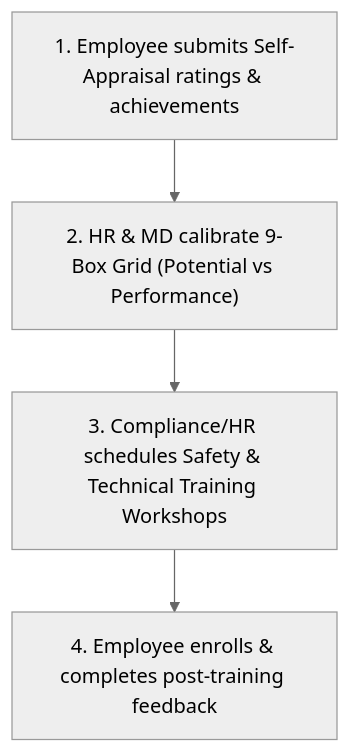
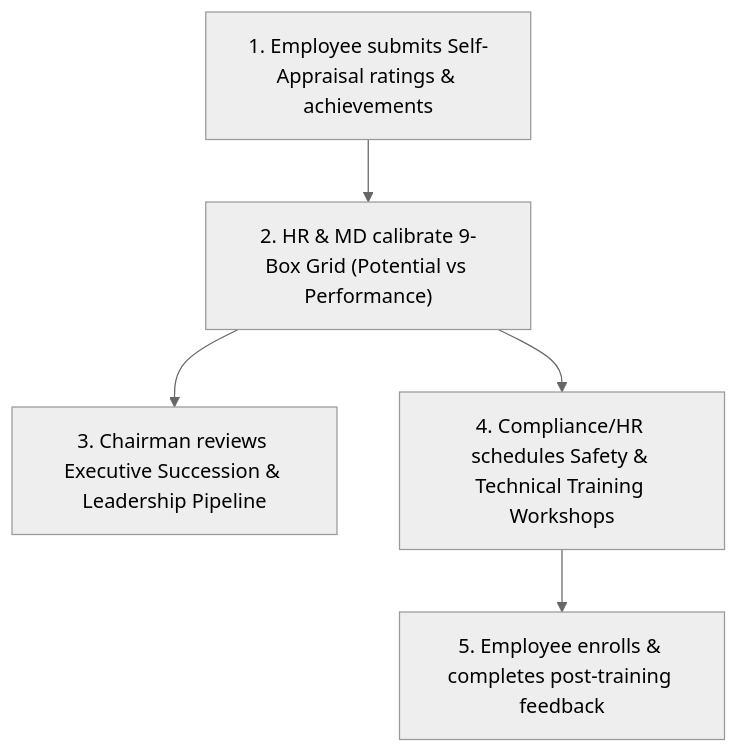
One commit to ViruzVerse-Solutions/hrms changed the eighth of 10 diagrams in docs/PHASE_TESTING_GUIDE.md. Above: the diagram before and after it, drawn with Mermaid (neutral theme). The commit also changed other lines of this file, not shown here.

````diff
--- a/docs/PHASE_TESTING_GUIDE.md
+++ b/docs/PHASE_TESTING_GUIDE.md
@@ -302,6 +319,7 @@
 ```mermaid
 flowchart TD
     Self["1. Employee submits Self-Appraisal ratings & achievements"] --> Calib["2. HR & MD calibrate 9-Box Grid (Potential vs Performance)"]
-    Calib --> Train["3. Compliance/HR schedules Safety & Technical Training Workshops"]
-    Train --> Enroll["4. Employee enrolls & completes post-training feedback"]
+    Calib --> Board["3. Chairman reviews Executive Succession & Leadership Pipeline"]
+    Calib --> Train["4. Compliance/HR schedules Safety & Technical Training Workshops"]
+    Train --> Enroll["5. Employee enrolls & completes post-training feedback"]
 ```
````
